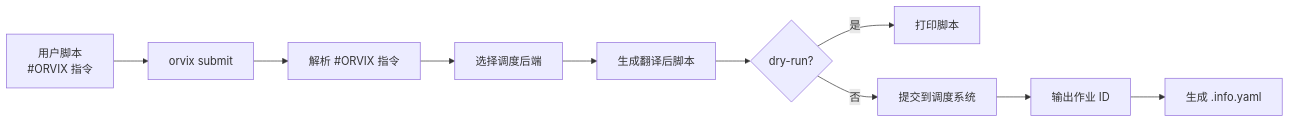
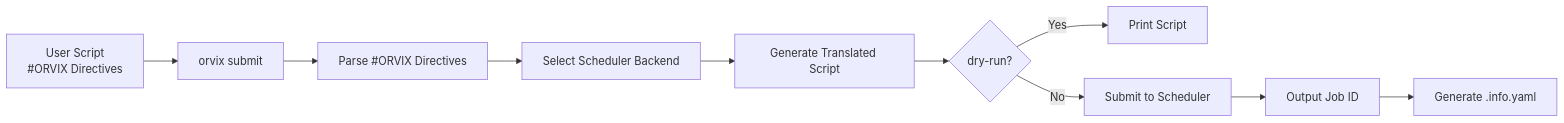
One commit to cemc-oper/orvix changed the diagram in README.md. Above: the diagram before and after it, drawn with Mermaid. The commit also changed other lines of this file and 5 other files, not shown here.

````diff
--- a/README.md
+++ b/README.md
@@ -60,12 +60,12 @@
 ```mermaid
 flowchart LR
-    A[用户脚本<br/>#ORVIX 指令] --> B[orvix submit]
-    B --> C[解析 #ORVIX 指令]
-    C --> D[选择调度后端]
-    D --> E[生成翻译后脚本]
+    A[User Script<br/>#ORVIX Directives] --> B[orvix submit]
+    B --> C[Parse #ORVIX Directives]
+    C --> D[Select Scheduler Backend]
+    D --> E[Generate Translated Script]
     E --> F{dry-run?}
-    F -->|是| G[打印脚本]
-    F -->|否| H[提交到调度系统]
-    H --> I[输出作业 ID]
-    I --> J[生成 .info.yaml]
+    F -->|Yes| G[Print Script]
+    F -->|No| H[Submit to Scheduler]
+    H --> I[Output Job ID]
+    I --> J[Generate .info.yaml]
 ```
````
